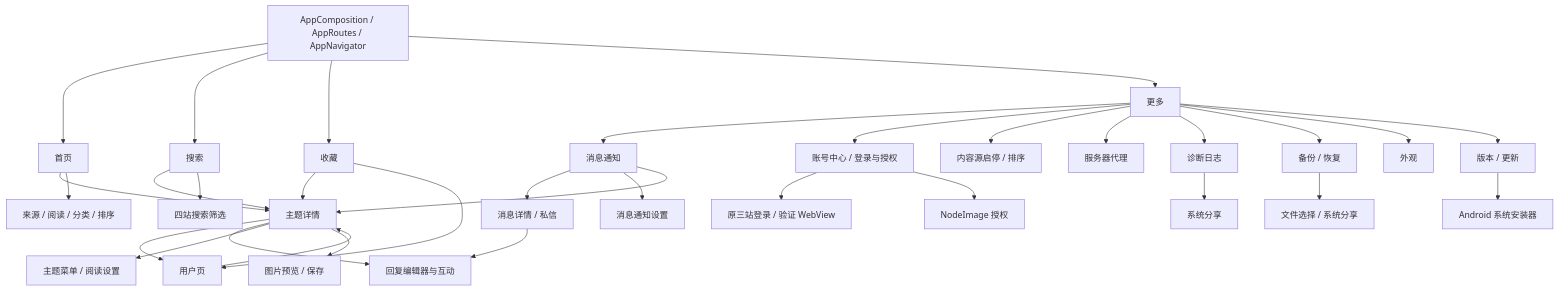
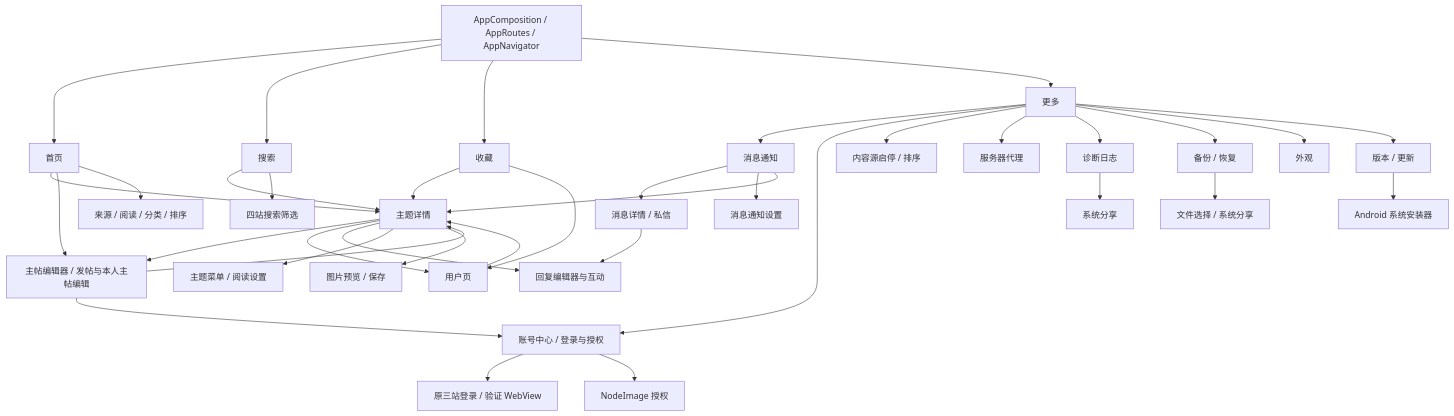
One commit to everythink98/wz-android changed the diagram in docs/product-map.md. Above: the diagram before and after it, drawn with Mermaid. The commit also changed other lines of this file and 281 other files, not shown here.

````diff
--- a/docs/product-map.md
+++ b/docs/product-map.md
@@ -29,35 +29,39 @@
 ```mermaid
 flowchart TD
   APP["AppComposition / AppRoutes / AppNavigator"] --> FEED["首页"]
   APP --> SEARCH["搜索"]
   APP --> LIBRARY["收藏"]
   APP --> MORE["更多"]
   FEED --> TOPIC["主题详情"]
+  FEED --> CREATE_TOPIC["主帖编辑器 / 发帖与本人主帖编辑"]
+  TOPIC --> CREATE_TOPIC
+  CREATE_TOPIC --> TOPIC
+  CREATE_TOPIC --> ACCOUNT
   FEED --> FEED_FILTER["来源 / 阅读 / 分类 / 排序"]
   SEARCH --> TOPIC
   SEARCH --> SEARCH_FILTER["四站搜索筛选"]
   LIBRARY --> TOPIC
   TOPIC --> USER["用户页"]
   USER --> TOPIC
   LIBRARY --> USER
   TOPIC --> COMPOSER["回复编辑器与互动"]
   TOPIC --> TOPIC_MENU["主题菜单 / 阅读设置"]
   TOPIC --> IMAGE["图片预览 / 保存"]
   MORE --> MESSAGES["消息通知"]
   MESSAGES --> MESSAGE_DETAIL["消息详情 / 私信"]
   MESSAGES --> MESSAGE_SETTINGS["消息通知设置"]
   MESSAGES --> TOPIC
   MESSAGE_DETAIL --> COMPOSER
   MORE --> ACCOUNT["账号中心 / 登录与授权"]
   MORE --> SOURCES["内容源启停 / 排序"]
   ACCOUNT --> VERIFY["原三站登录 / 验证 WebView"]
   ACCOUNT --> NODEIMAGE["NodeImage 授权"]
   MORE --> PROXY["服务器代理"]
   MORE --> DIAG["诊断日志"]
   MORE --> BACKUP["备份 / 恢复"]
   MORE --> APPEARANCE["外观"]
   MORE --> UPDATE["版本 / 更新"]
   DIAG --> SHARE["系统分享"]
   BACKUP --> FILE_PICKER["文件选择 / 系统分享"]
   UPDATE --> INSTALLER["Android 系统安装器"]
 ```
````
